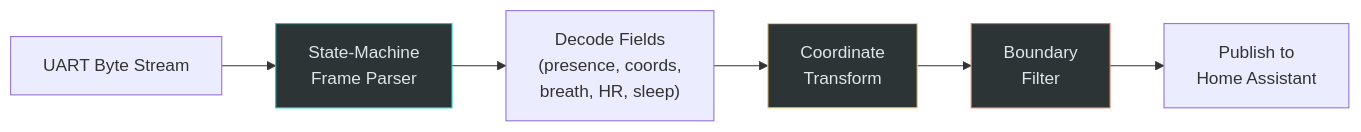
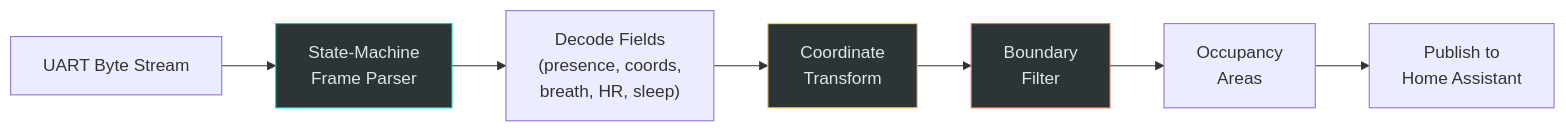
The fourth of 4 diagrams in DIY.md (zomco/mmwave-component), drawn with Mermaid before and after one commit. The commit also changed other lines of this file and 102 other files, not shown here.

First line of the commit message:
feat: single-radar occupancy areas for home automations

````diff
--- a/DIY.md
+++ b/DIY.md
@@ -191,15 +234,16 @@
 ```mermaid
 flowchart LR
     UART["UART Byte Stream"]
     SM["State-Machine<br>Frame Parser"]
     DEC["Decode Fields<br>(presence, coords,<br>breath, HR, sleep)"]
     XFM["Coordinate<br>Transform"]
     BND["Boundary<br>Filter"]
+    AREA["Occupancy<br>Areas"]
     PUB["Publish to<br>Home Assistant"]
 
-    UART --> SM --> DEC --> XFM --> BND --> PUB
+    UART --> SM --> DEC --> XFM --> BND --> AREA --> PUB
 
     style SM fill:#2d3436,stroke:#00cec9,color:#dfe6e9
     style XFM fill:#2d3436,stroke:#fdcb6e,color:#dfe6e9
     style BND fill:#2d3436,stroke:#e17055,color:#dfe6e9
 ```
````
